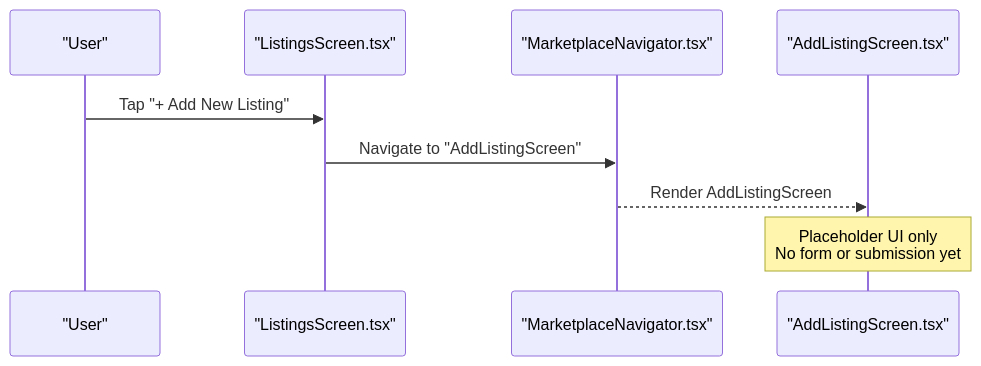
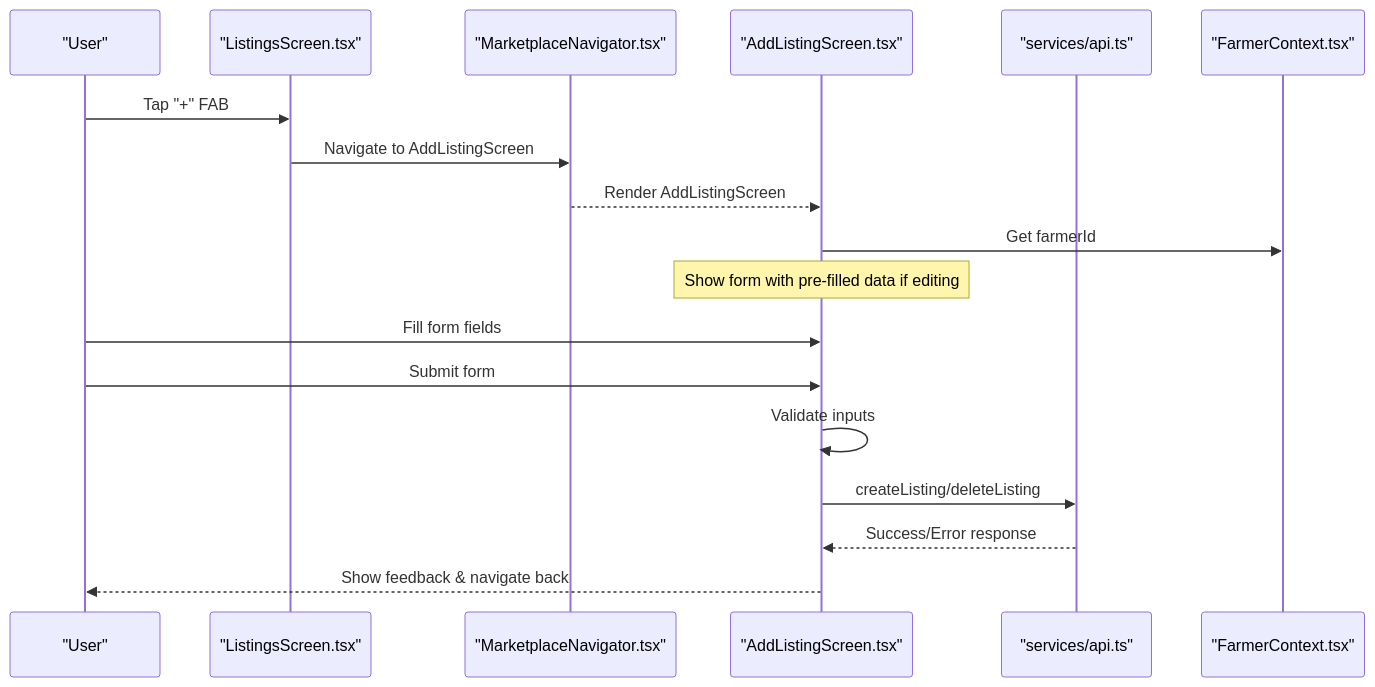
Before and after one commit to Aiman-Naeem/KisaanDost_AI_hackathon_Pakistan: the second of 3 diagrams in .qoder/repowiki/en/content/Marketplace Feature/Add Listing Screen.md, drawn with Mermaid. The commit also changed other lines of this file and 42 other files, not shown here.

Commit message:
Day 2: farmer identity persistence, voice UX polish, listing detail/edit/call, shared design system, QA pass

````diff
--- a/.qoder/repowiki/en/content/Marketplace Feature/Add Listing Screen.md
+++ b/.qoder/repowiki/en/content/Marketplace Feature/Add Listing Screen.md
@@ -84,11 +95,20 @@
 ```mermaid
 sequenceDiagram
 participant User as "User"
 participant Listings as "ListingsScreen.tsx"
 participant Stack as "MarketplaceNavigator.tsx"
 participant Add as "AddListingScreen.tsx"
-User->>Listings : Tap "+ Add New Listing"
-Listings->>Stack : Navigate to "AddListingScreen"
+participant API as "services/api.ts"
+participant Context as "FarmerContext.tsx"
+User->>Listings : Tap "+" FAB
+Listings->>Stack : Navigate to AddListingScreen
 Stack-->>Add : Render AddListingScreen
-Note over Add : Placeholder UI only<br/>No form or submission yet
+Add->>Context : Get farmerId
+Note over Add : Show form with pre-filled data if editing
+User->>Add : Fill form fields
+User->>Add : Submit form
+Add->>Add : Validate inputs
+Add->>API : createListing/deleteListing
+API-->>Add : Success/Error response
+Add-->>User : Show feedback & navigate back
 ```
````
